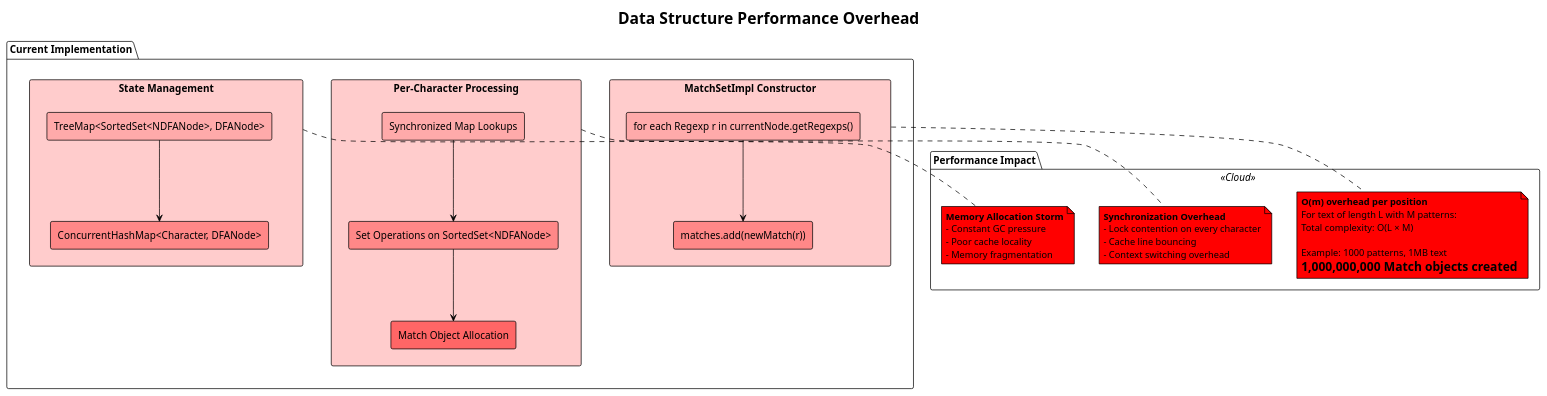
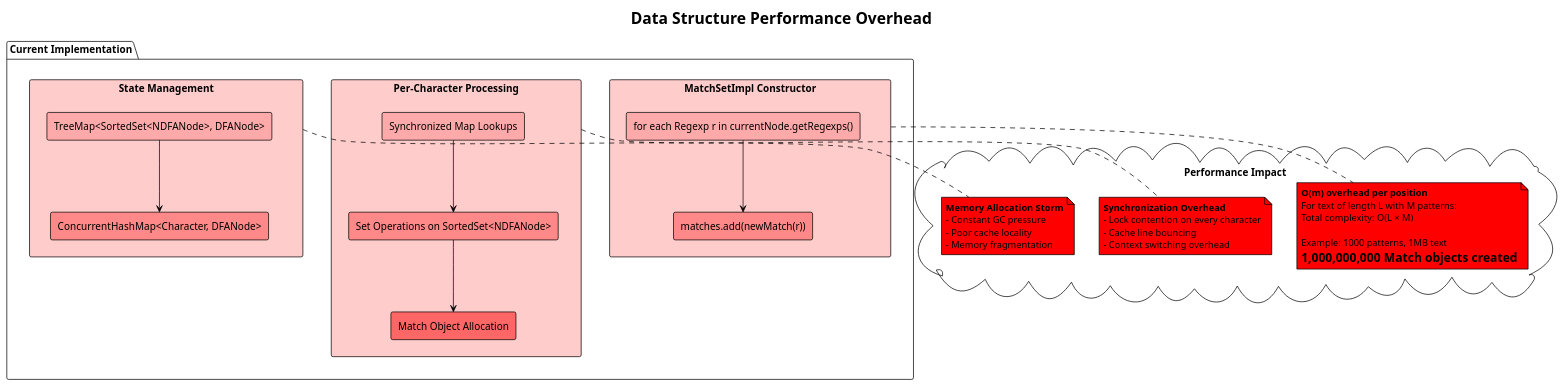
The diagram in analysis/plantuml/data-structure-overhead.puml (la3lma/rmatch), drawn with PlantUML before and after one commit. The commit also changed 5 other files, not shown here.

Commit message:
Nicer diagrams (moe consistent clouds)

```diff
--- a/analysis/plantuml/data-structure-overhead.puml
+++ b/analysis/plantuml/data-structure-overhead.puml
@@ -1,56 +1,56 @@
 @startuml
 !theme plain
 title Data Structure Performance Overhead
 
 package "Current Implementation" {
   rectangle "MatchSetImpl Constructor" as MSI #ffcccc {
     rectangle "for each Regexp r in currentNode.getRegexps()" as loop1 #ffaaaa
     rectangle "matches.add(newMatch(r))" as action1 #ff8888
     loop1 --> action1
   }
 
   rectangle "Per-Character Processing" as PCP #ffcccc {
     rectangle "Synchronized Map Lookups" as sync #ffaaaa
     rectangle "Set Operations on SortedSet<NDFANode>" as sets #ff8888  
     rectangle "Match Object Allocation" as alloc #ff6666
     sync --> sets
     sets --> alloc
   }
 
   rectangle "State Management" as SM #ffcccc {
     rectangle "TreeMap<SortedSet<NDFANode>, DFANode>" as tree #ffaaaa
     rectangle "ConcurrentHashMap<Character, DFANode>" as cmap #ff8888
     tree --> cmap
   }
 }
 
-package "Performance Impact" <<Cloud>> {
+cloud "Performance Impact" as perfimpact {
   note as impact1 #red
     **O(m) overhead per position**
     For text of length L with M patterns:
     Total complexity: O(L × M)
     
     Example: 1000 patterns, 1MB text
     = 1,000,000,000 Match objects created
   end note
 
   note as impact2 #red
     **Synchronization Overhead**
     - Lock contention on every character
     - Cache line bouncing
     - Context switching overhead
   end note
 
   note as impact3 #red
     **Memory Allocation Storm**
     - Constant GC pressure
     - Poor cache locality
     - Memory fragmentation
   end note
 }
 
 MSI .. impact1
 PCP .. impact2  
 SM .. impact3
 
 @enduml
```
